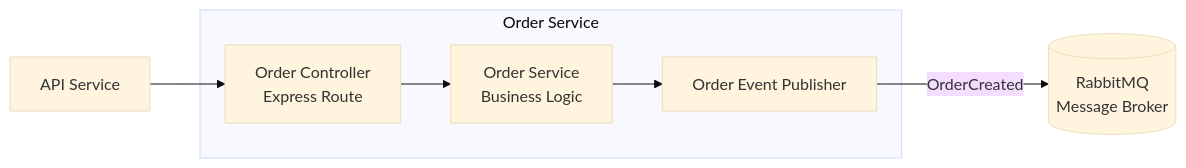
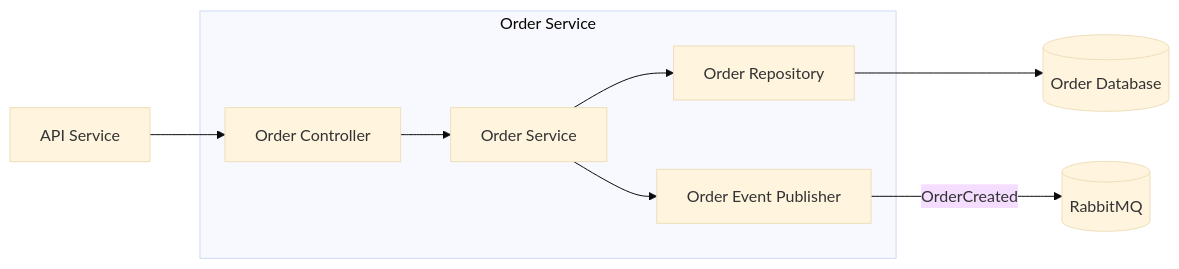
Before and after one commit to victorgianvechio/microservices-demo: the diagram in docs/architecture/c4-component-order-service.md, drawn with Mermaid (base theme). The commit also changed 9 other files, not shown here.

Commit message:
refatorado order-service

````diff
--- a/docs/architecture/c4-component-order-service.md
+++ b/docs/architecture/c4-component-order-service.md
@@ -8,22 +8,29 @@
 ```mermaid
 flowchart LR
 
 Client[API Service]
 
+Rabbit[(RabbitMQ)]
+DB[(Order Database)]
+
 subgraph Order Service
 
-OrderController[Order Controller<br>Express Route]
+Controller[Order Controller]
 
-OrderService[Order Service<br>Business Logic]
+Service[Order Service]
 
-OrderEventPublisher[Order Event Publisher]
+Repository[Order Repository]
+
+Publisher[Order Event Publisher]
 
 end
 
-Rabbit[(RabbitMQ<br>Message Broker)]
+Client --> Controller
+Controller --> Service
 
-Client --> OrderController
-OrderController --> OrderService
-OrderService --> OrderEventPublisher
-OrderEventPublisher -->|OrderCreated| Rabbit
+Service --> Repository
+Repository --> DB
+
+Service --> Publisher
+Publisher -->|OrderCreated| Rabbit
 ```
````
